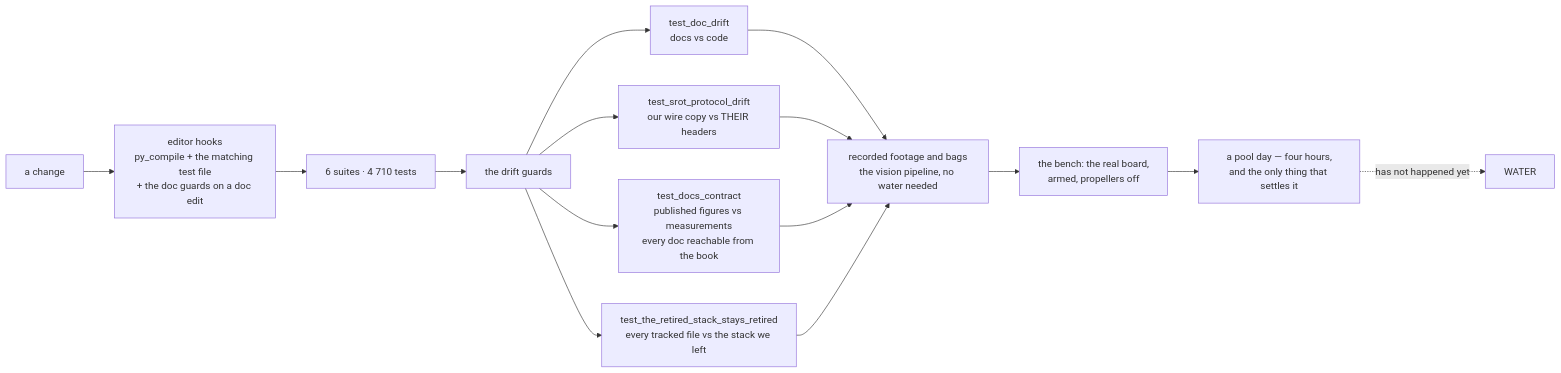
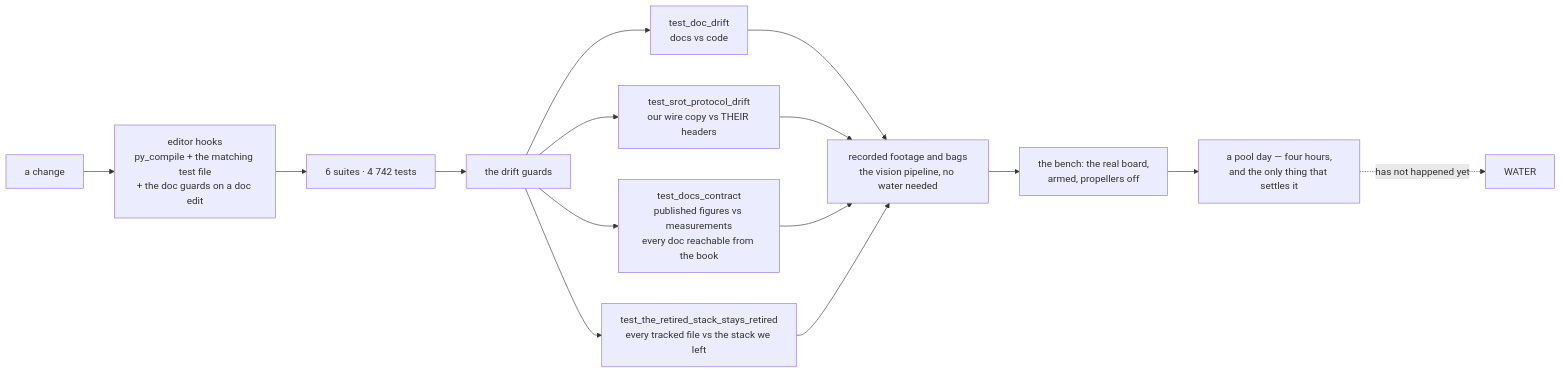
The ninth of 10 diagrams in README.md (fh1m/mongla_ws), drawn with Mermaid before and after one commit. The commit also changed other lines of this file and 14 other files, not shown here.

````diff
--- a/README.md
+++ b/README.md
@@ -817,17 +817,17 @@
 ```mermaid
 flowchart LR
     DEV["a change"] --> HOOK["editor hooks<br/>py_compile + the matching test file<br/>+ the doc guards on a doc edit"]
-    HOOK --> UNIT["6 suites · 4 710 tests"]
+    HOOK --> UNIT["6 suites · 4 742 tests"]
     UNIT --> GUARD["the drift guards"]
     GUARD --> G1["test_doc_drift<br/>docs vs code"]
     GUARD --> G2["test_srot_protocol_drift<br/>our wire copy vs THEIR headers"]
     GUARD --> G3["test_docs_contract<br/>published figures vs measurements<br/>every doc reachable from the book"]
     GUARD --> G4["test_the_retired_stack_stays_retired<br/>every tracked file vs the stack we left"]
     G1 --> REPLAY["recorded footage and bags<br/>the vision pipeline, no water needed"]
     G2 --> REPLAY
     G3 --> REPLAY
     G4 --> REPLAY
     REPLAY --> BENCH["the bench: the real board,<br/>armed, propellers off"]
     BENCH --> POOL["a pool day — four hours,<br/>and the only thing that settles it"]
     POOL -.->|"has not happened yet"| WATER["WATER"]
 ```
````
